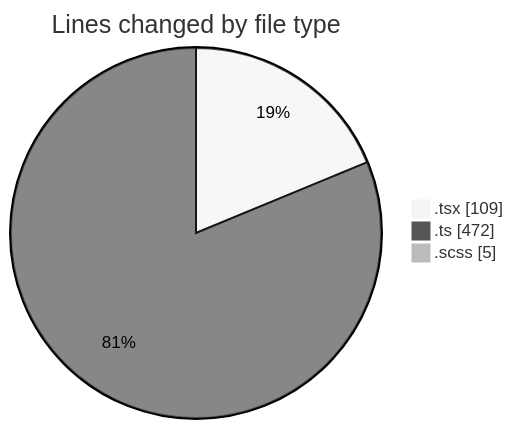
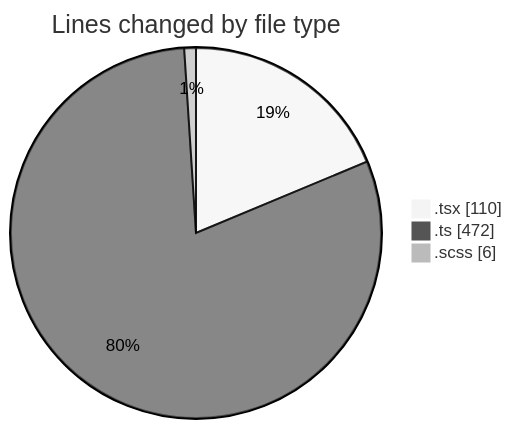
Before and after one commit to momahboobian/code-tracking: the first of 2 diagrams in 2025-10-07/cda/README.md, drawn with Mermaid (neutral theme). The commit also changed other lines of this file and 1 other file, not shown here.

````diff
--- a/2025-10-07/cda/README.md
+++ b/2025-10-07/cda/README.md
@@ -25,7 +25,7 @@
 ```mermaid
 pie showData
 title Lines changed by file type
-".tsx" : 109
+".tsx" : 110
 ".ts" : 472
-".scss" : 5
+".scss" : 6
 ```
````
